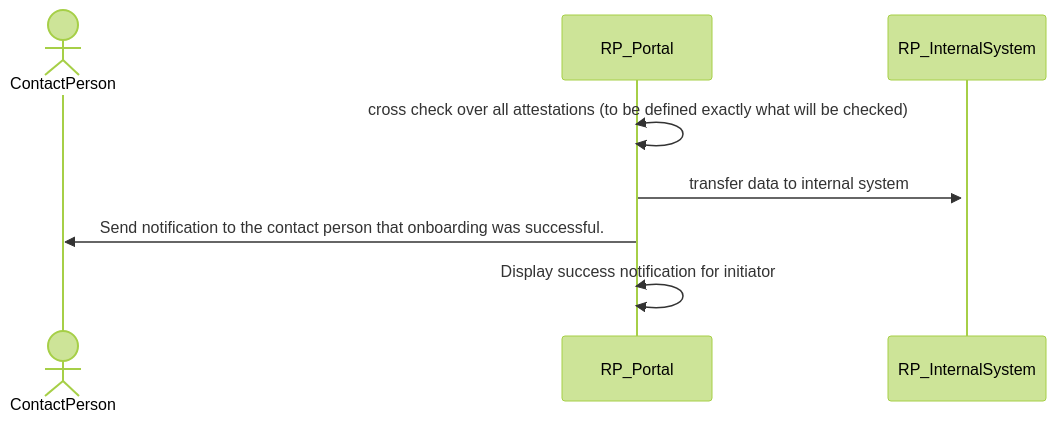
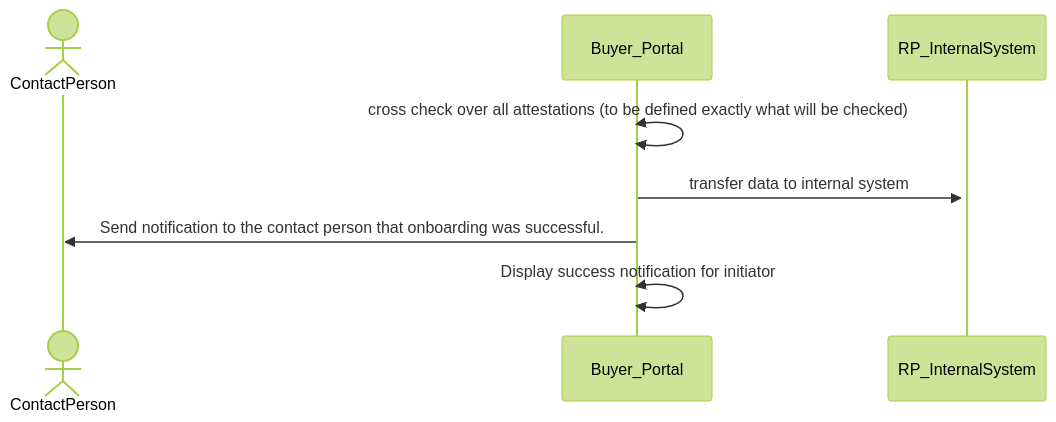
Before and after one commit to DominicHurni/wp3-technology-standards: the seventh of 7 diagrams in BU1/BU1_KYC.md, drawn with Mermaid (forest theme). The commit also changed other lines of this file and 1 other file, not shown here.

````diff
--- a/BU1/BU1_KYC.md
+++ b/BU1/BU1_KYC.md
@@ -151,9 +145,9 @@
 ```mermaid
 sequenceDiagram
     actor ContactPerson
-    RP_Portal<<->>RP_Portal: cross check over all attestations (to be defined exactly what will be checked)
-    RP_Portal->>+RP_InternalSystem: transfer data to internal system
+    Buyer_Portal<<->>Buyer_Portal: cross check over all attestations (to be defined exactly what will be checked)
+    Buyer_Portal->>+RP_InternalSystem: transfer data to internal system
     
-    RP_Portal->>ContactPerson: Send notification to the contact person that onboarding was successful.
-    RP_Portal<<->>RP_Portal: Display success notification for initiator
+    Buyer_Portal->>ContactPerson: Send notification to the contact person that onboarding was successful.
+    Buyer_Portal<<->>Buyer_Portal: Display success notification for initiator
 ```
````
